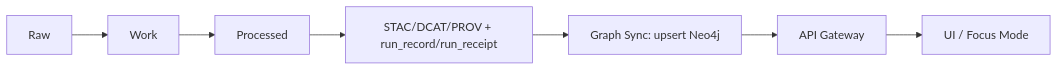
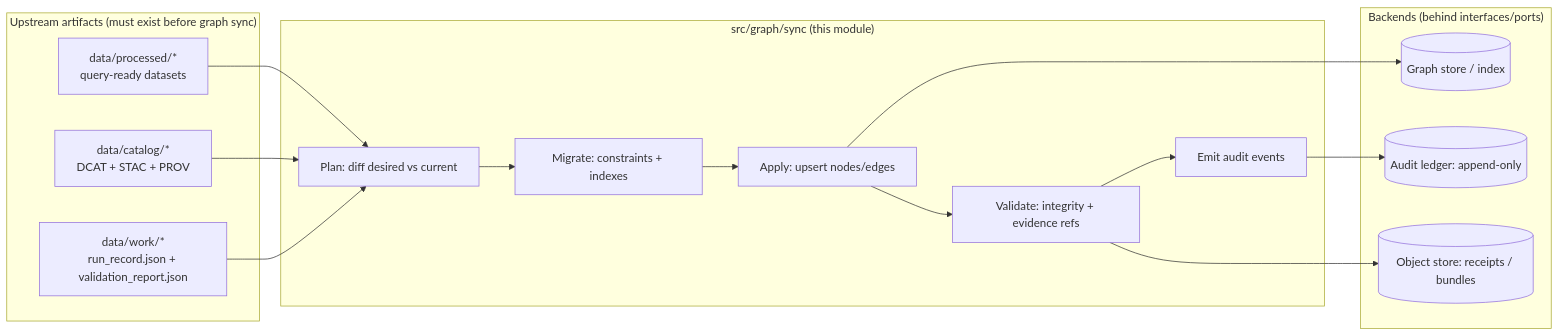
The diagram in src/graph/sync/README.md (bartytime4life/Kansas-Frontier-Matrix), drawn with Mermaid before and after one commit. The commit also changed other lines of this file, not shown here.

````diff
--- a/src/graph/sync/README.md
+++ b/src/graph/sync/README.md
@@ -11,9 +129,31 @@
 ```mermaid
 flowchart LR
-  A[Raw] --> B[Work]
-  B --> C[Processed]
-  C --> D[STAC/DCAT/PROV + run_record/run_receipt]
-  D --> E[Graph Sync: upsert Neo4j]
-  E --> F[API Gateway]
-  F --> G[UI / Focus Mode]
+  subgraph Upstream["Upstream artifacts (must exist before graph sync)"]
+    P[data/processed/*<br/>query-ready datasets]
+    C[data/catalog/*<br/>DCAT + STAC + PROV]
+    R[data/work/*<br/>run_record.json + validation_report.json]
+  end
+
+  subgraph Sync["src/graph/sync (this module)"]
+    PLAN[Plan: diff desired vs current]
+    MIG[Migrate: constraints + indexes]
+    APPLY[Apply: upsert nodes/edges]
+    CHECK[Validate: integrity + evidence refs]
+    AUD[Emit audit events]
+  end
+
+  subgraph Stores["Backends (behind interfaces/ports)"]
+    G[(Graph store / index)]
+    L[(Audit ledger: append-only)]
+    O[(Object store: receipts / bundles)]
+  end
+
+  P --> PLAN
+  C --> PLAN
+  R --> PLAN
+
+  PLAN --> MIG --> APPLY --> CHECK
+  APPLY --> G
+  CHECK --> AUD --> L
+  CHECK --> O
 ```
````
